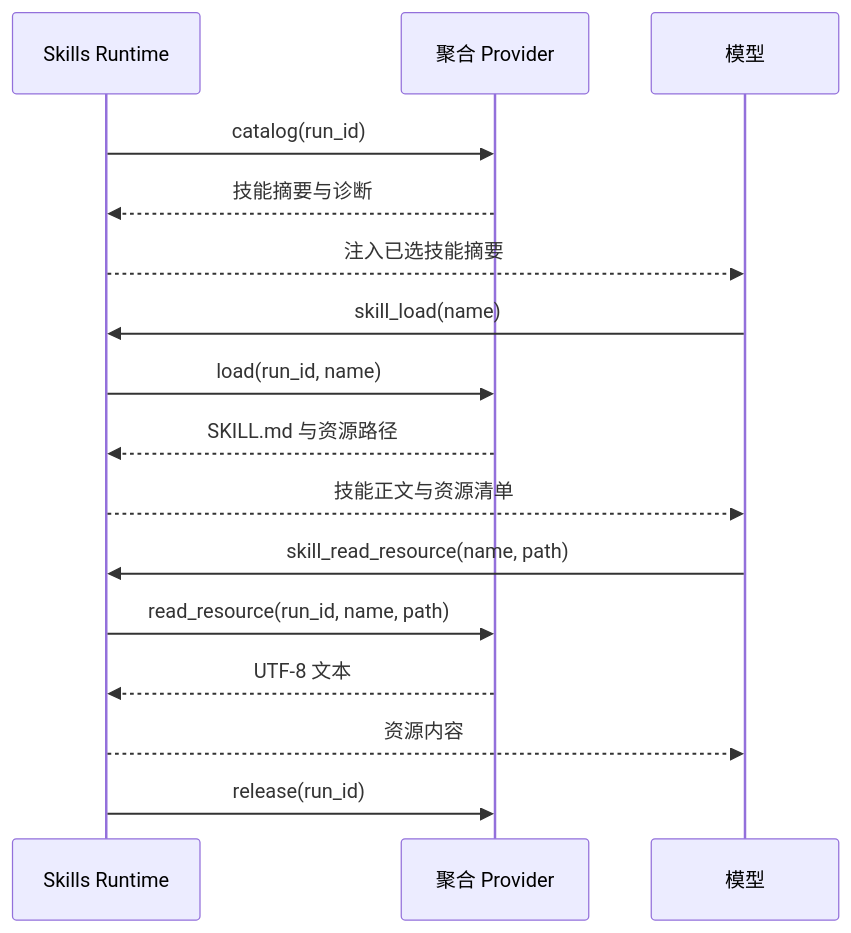
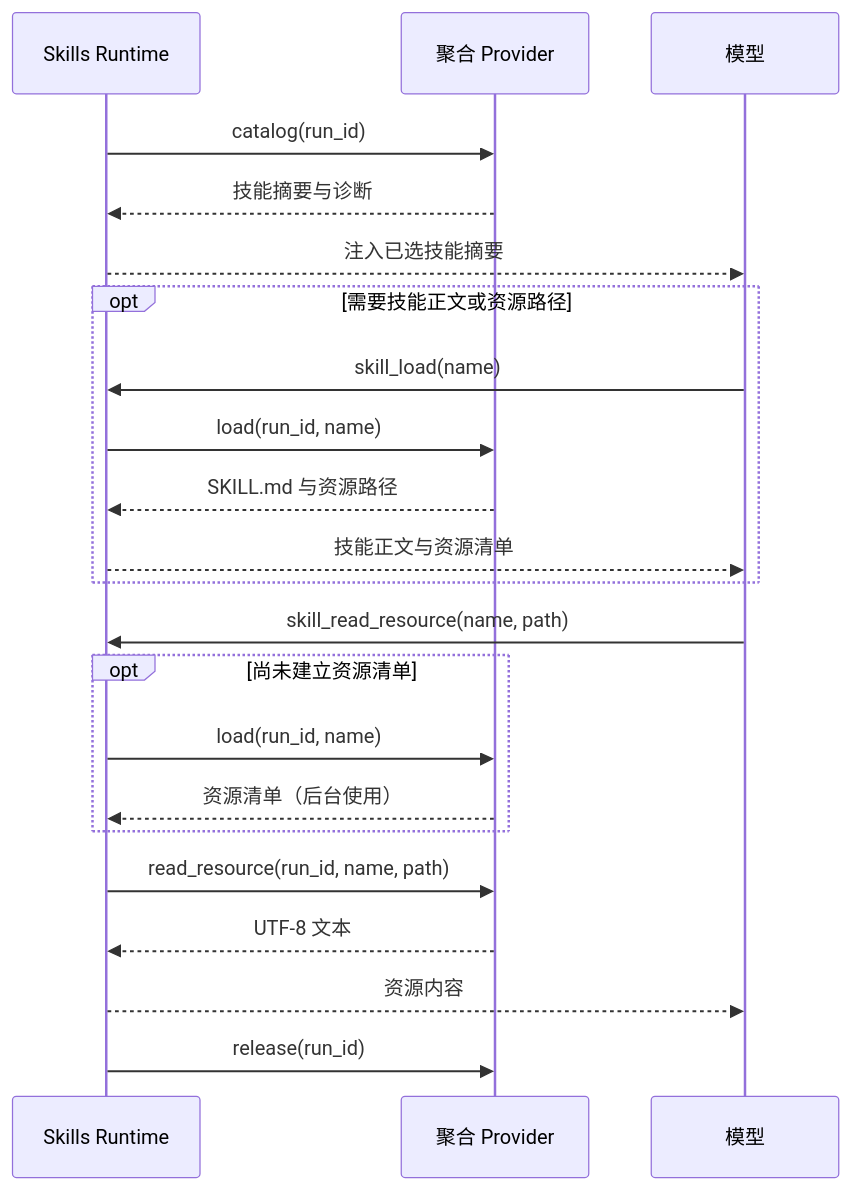
One commit to Penglai-Link/eliteforge-agent-framework changed the second of 2 diagrams in docs/Skills插件设计.md. Above: the diagram before and after it, drawn with Mermaid. The commit also changed other lines of this file and 15 other files, not shown here.

````diff
--- a/docs/Skills插件设计.md
+++ b/docs/Skills插件设计.md
@@ -168,18 +178,24 @@
 ```mermaid
 sequenceDiagram
     participant Runtime as Skills Runtime
     participant Provider as 聚合 Provider
     participant Model as 模型
     Runtime->>Provider: catalog(run_id)
     Provider-->>Runtime: 技能摘要与诊断
     Runtime-->>Model: 注入已选技能摘要
-    Model->>Runtime: skill_load(name)
-    Runtime->>Provider: load(run_id, name)
-    Provider-->>Runtime: SKILL.md 与资源路径
-    Runtime-->>Model: 技能正文与资源清单
+    opt 需要技能正文或资源路径
+        Model->>Runtime: skill_load(name)
+        Runtime->>Provider: load(run_id, name)
+        Provider-->>Runtime: SKILL.md 与资源路径
+        Runtime-->>Model: 技能正文与资源清单
+    end
     Model->>Runtime: skill_read_resource(name, path)
+    opt 尚未建立资源清单
+        Runtime->>Provider: load(run_id, name)
+        Provider-->>Runtime: 资源清单（后台使用）
+    end
     Runtime->>Provider: read_resource(run_id, name, path)
     Provider-->>Runtime: UTF-8 文本
     Runtime-->>Model: 资源内容
     Runtime->>Provider: release(run_id)
 ```
````
